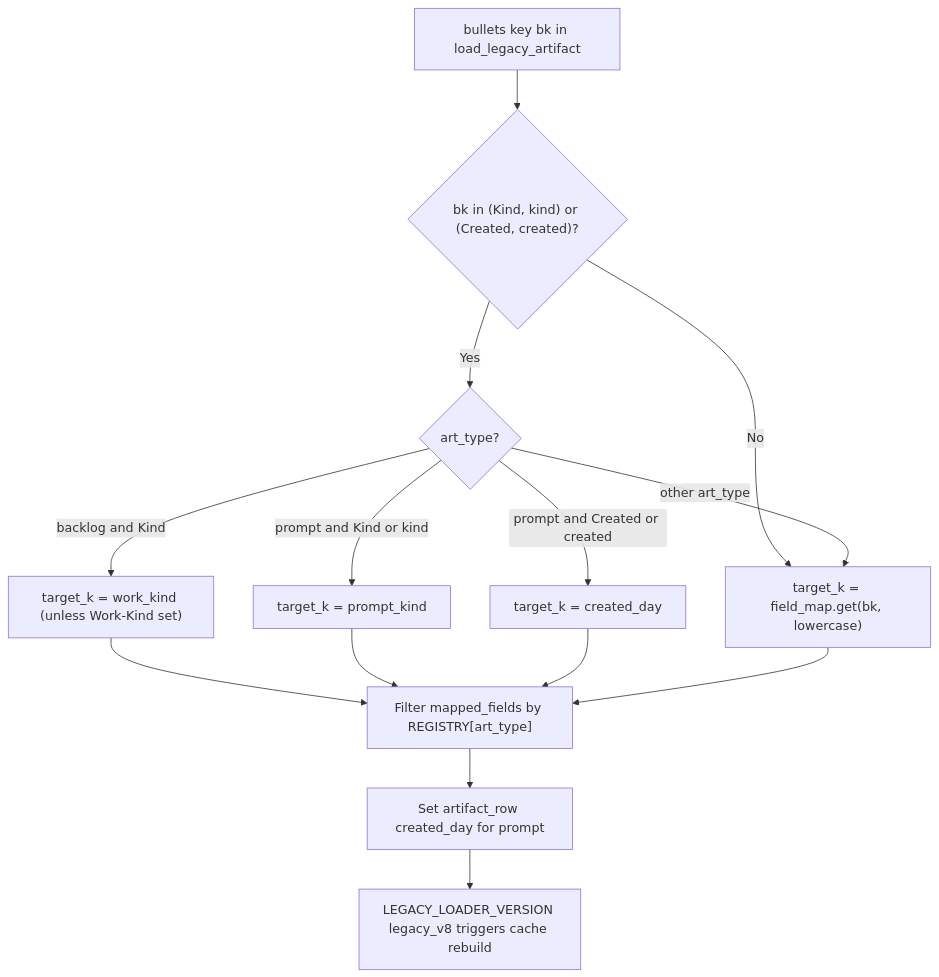
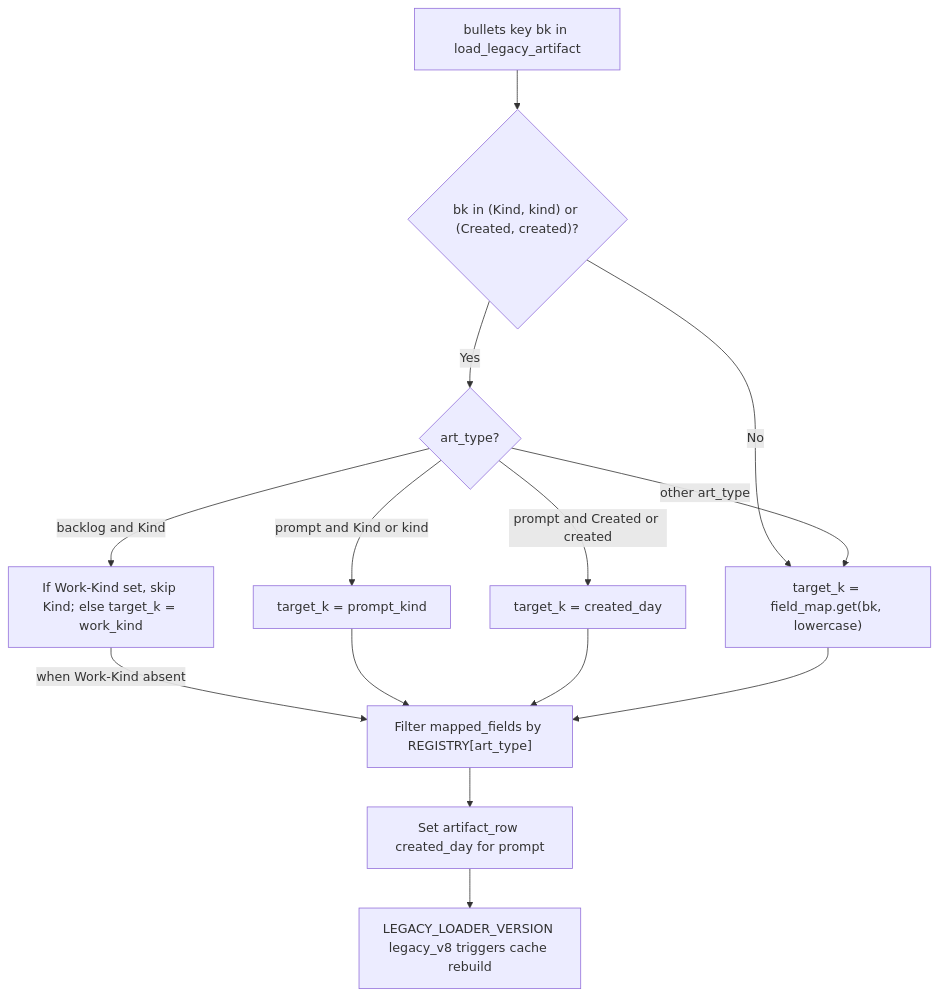
The diagram in .aw/records/plans/pending/20261119-xxdzcq-01-acqenf-preserve-prompt-kind-and-created-day-in-artifact-meta-load-l.ipd.md (fariello/agent-workflows), drawn with Mermaid before and after one commit. The commit also changed other lines of this file and 1 other file, not shown here.

````diff
--- a/.aw/records/plans/pending/20261119-xxdzcq-01-acqenf-preserve-prompt-kind-and-created-day-in-artifact-meta-load-l.ipd.md
+++ b/.aw/records/plans/pending/20261119-xxdzcq-01-acqenf-preserve-prompt-kind-and-created-day-in-artifact-meta-load-l.ipd.md
@@ -91,16 +95,16 @@
 ```mermaid
 flowchart TD
     A["bullets key bk in load_legacy_artifact"] --> B{"bk in (Kind, kind) or (Created, created)?"}
     B -->|No| C["target_k = field_map.get(bk, lowercase)"]
     B -->|Yes| D{"art_type?"}
-    D -->|backlog and Kind| E["target_k = work_kind (unless Work-Kind set)"]
+    D -->|backlog and Kind| E["If Work-Kind set, skip Kind; else target_k = work_kind"]
     D -->|prompt and Kind or kind| F["target_k = prompt_kind"]
     D -->|prompt and Created or created| G["target_k = created_day"]
     D -->|other art_type| C
-    E --> H["Filter mapped_fields by REGISTRY[art_type]"]
+    E -->|when Work-Kind absent| H["Filter mapped_fields by REGISTRY[art_type]"]
     F --> H
     G --> H
     C --> H
     H --> I["Set artifact_row created_day for prompt"]
     I --> J["LEGACY_LOADER_VERSION legacy_v8 triggers cache rebuild"]
 ```
````
